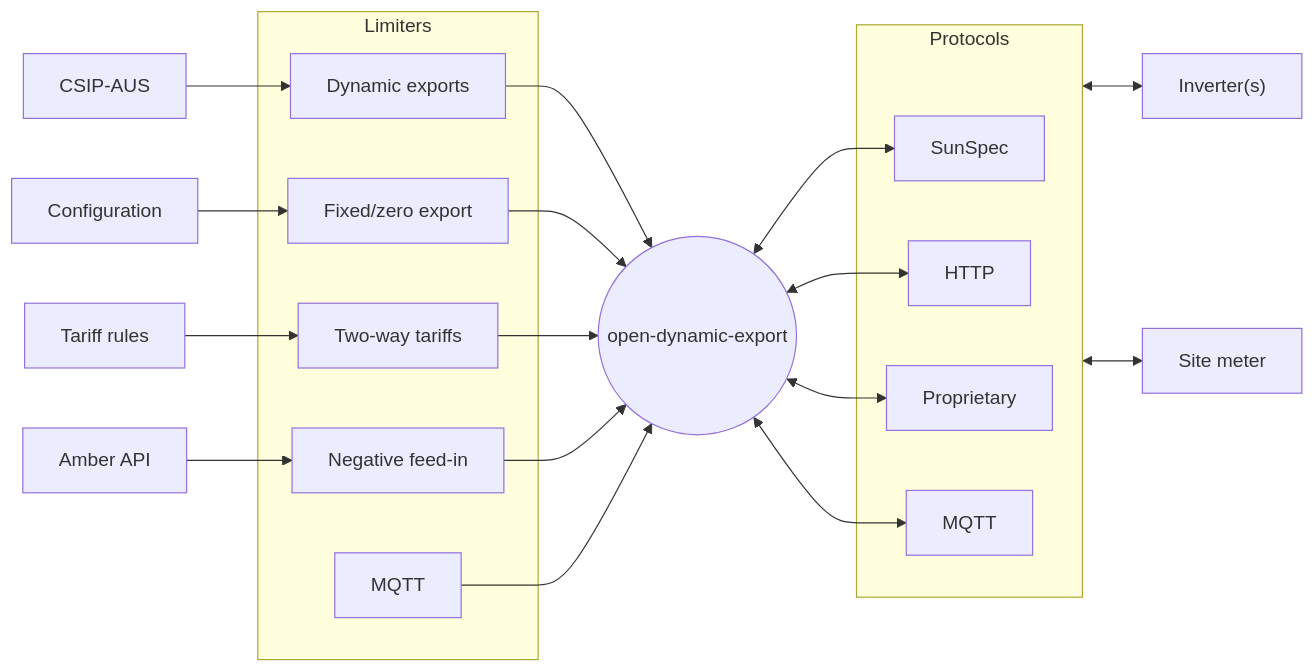
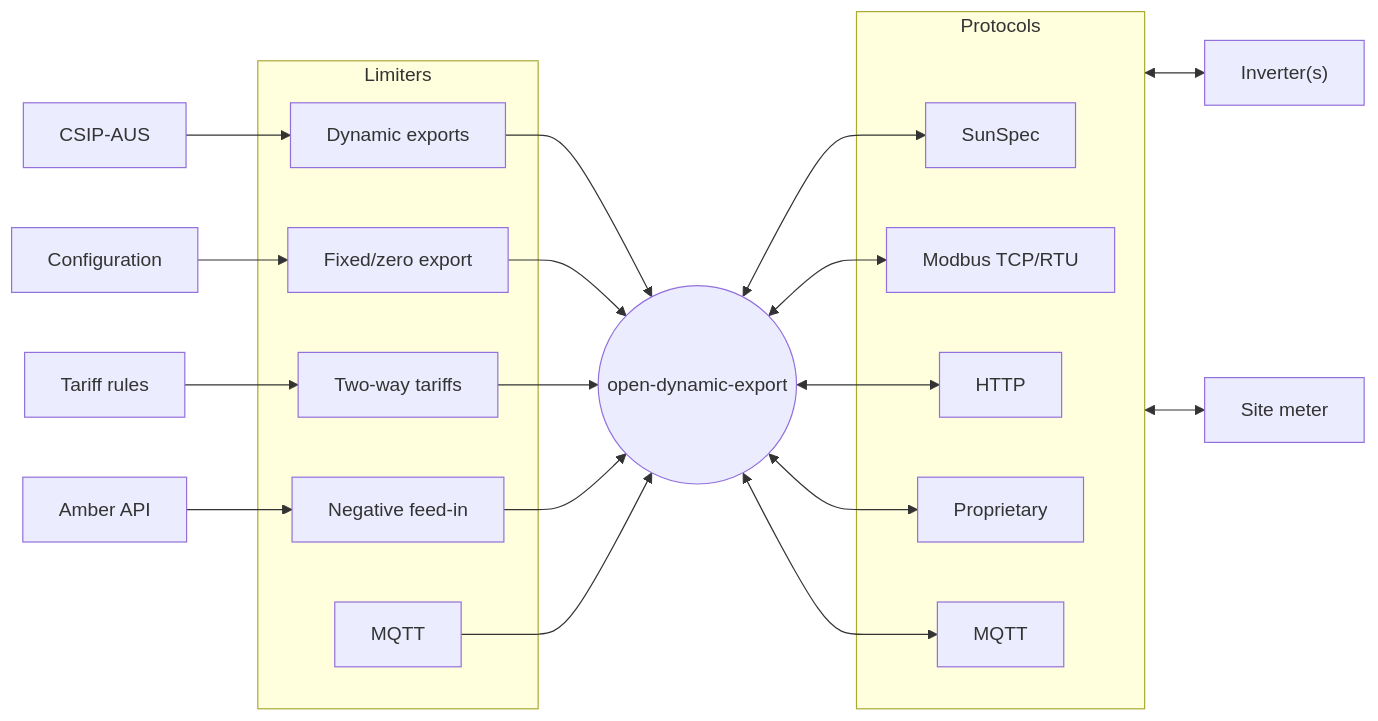
The diagram in docs/guide/index.md (longzheng/open-dynamic-export), drawn with Mermaid before and after one commit.

Commit message:
Docs: add Modbus to architecture

````diff
--- a/docs/guide/index.md
+++ b/docs/guide/index.md
@@ -13,29 +13,30 @@
 ```mermaid
 flowchart LR
     ODE(("open-dynamic-export"))
     I["Inverter(s)"]
     M["Site meter"]
 
     CSIP-AUS --> DC
     DC & F & T & NFI & MQTTL --> ODE
     Configuration --> F
     A["Amber API"] --> NFI
     R["Tariff rules"] --> T
-    ODE <--> SunSpec & HTTP & Proprietary & MQTT
+    ODE <--> SunSpec & Modbus & HTTP & Proprietary & MQTT
     Protocols <--> I & M
 
     subgraph Limiters
     DC["Dynamic exports"]
     F["Fixed/zero export"]
     T["Two-way tariffs"]
     NFI["Negative feed-in"]
     MQTTL["MQTT"]
     end
 
     subgraph Protocols
     SunSpec
+    Modbus["Modbus TCP/RTU"]
     HTTP
     MQTT
     Proprietary
     end
 ```
````
